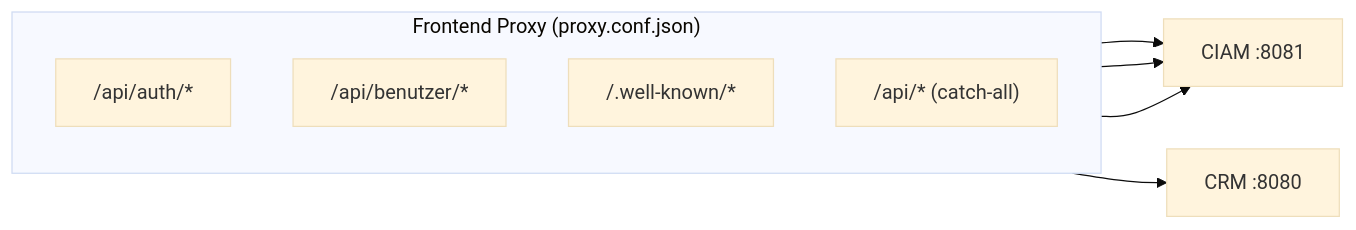
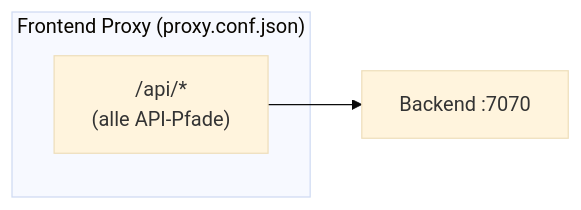
Before and after one commit to atra-consulting/coding-with-ai-lab: the fourth of 8 diagrams in docs/architecture.md, drawn with Mermaid (base theme). The commit also changed other lines of this file, not shown here.

First line of the commit message:
feat: Rewrite architecture.md for Node.js/Express/SQLite stack. UPDATE-README

````diff
--- a/docs/architecture.md
+++ b/docs/architecture.md
@@ -214,18 +185,10 @@
 ```mermaid
 graph LR
     subgraph "Frontend Proxy (proxy.conf.json)"
-        direction TB
-        R1["/api/auth/*"]
-        R2["/api/benutzer/*"]
-        R3["/.well-known/*"]
-        R4["/api/* (catch-all)"]
+        R1["/api/*<br/>(alle API-Pfade)"]
     end
 
-    CIAM[CIAM :8081]
-    CRM[CRM :8080]
+    BE["Backend :7070"]
 
-    R1 --> CIAM
-    R2 --> CIAM
-    R3 --> CIAM
-    R4 --> CRM
+    R1 --> BE
 ```
````
